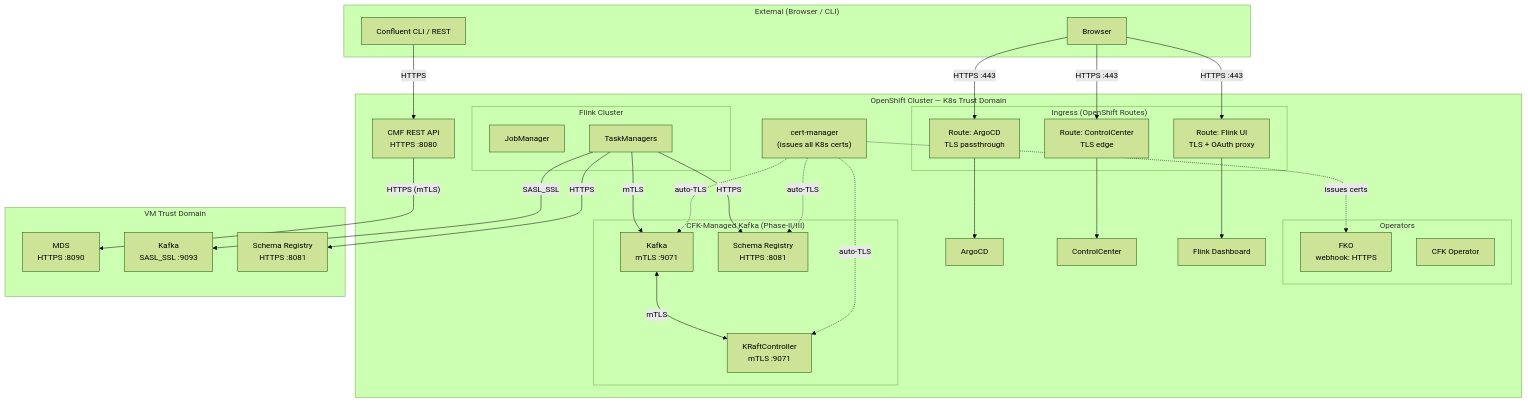
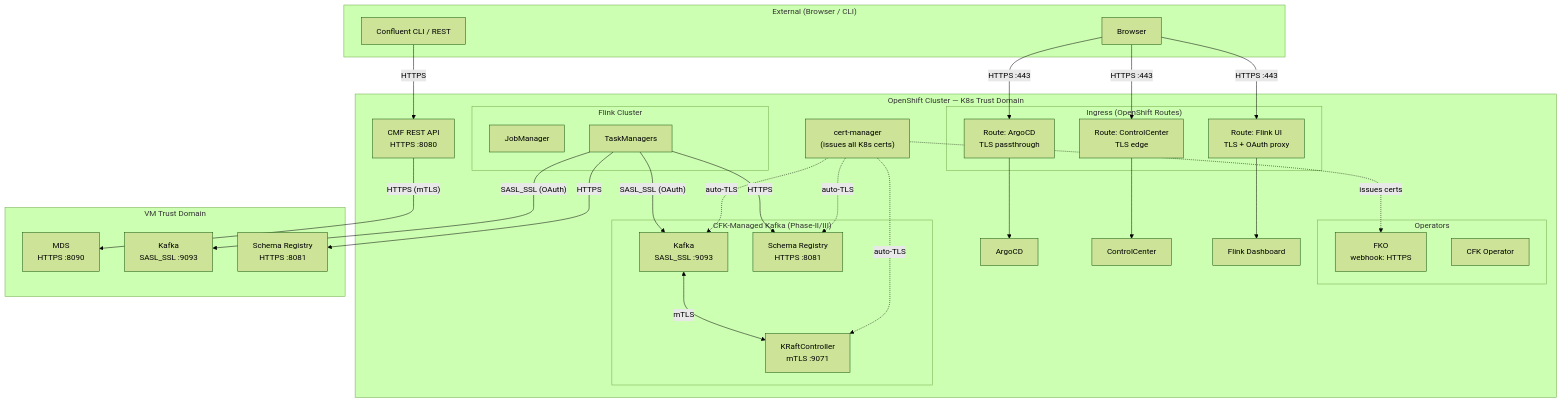
Before and after one commit to aadmassu/flink-on-k8s-with-cp: the second of 9 diagrams in docs/TLS.md, drawn with Mermaid (forest theme). The commit also changed other lines of this file, not shown here.

First line of the commit message:
Update TLS doc: use SASL_SSL (OAuth) for Flink-to-Kafka connections

````diff
--- a/docs/TLS.md
+++ b/docs/TLS.md
@@ -82,63 +82,63 @@
 ```mermaid
 flowchart TD
     subgraph external["External (Browser / CLI)"]
         browser["Browser"]
         cli["Confluent CLI / REST"]
     end
 
     subgraph ocp["OpenShift Cluster — K8s Trust Domain"]
         subgraph ingress["Ingress (OpenShift Routes)"]
             route1["Route: ArgoCD<br>TLS passthrough"]
             route2["Route: ControlCenter<br>TLS edge"]
             route3["Route: Flink UI<br>TLS + OAuth proxy"]
         end
 
         cmf["CMF REST API<br>HTTPS :8080"]
         argocd["ArgoCD"]
         c3["ControlCenter"]
         flink_ui["Flink Dashboard"]
 
         subgraph operators["Operators"]
             fko["FKO<br>webhook: HTTPS"]
             cfk["CFK Operator"]
         end
 
         subgraph flink_cluster["Flink Cluster"]
             jm["JobManager"]
             tm["TaskManagers"]
         end
 
         subgraph cp_k8s["CFK-Managed Kafka (Phase-II/III)"]
-            kafka_k8s["Kafka<br>mTLS :9071"]
+            kafka_k8s["Kafka<br>SASL_SSL :9093"]
             kraft_k8s["KRaftController<br>mTLS :9071"]
             sr_k8s["Schema Registry<br>HTTPS :8081"]
         end
 
         certmgr["cert-manager<br>(issues all K8s certs)"]
     end
 
     subgraph vm_domain["VM Trust Domain"]
         mds_vm["MDS<br>HTTPS :8090"]
         kafka_vm["Kafka<br>SASL_SSL :9093"]
         sr_vm["Schema Registry<br>HTTPS :8081"]
     end
 
     browser -->|"HTTPS :443"| route1 --> argocd
     browser -->|"HTTPS :443"| route2 --> c3
     browser -->|"HTTPS :443"| route3 --> flink_ui
     cli -->|"HTTPS"| cmf
 
     cmf -->|"HTTPS (mTLS)"| mds_vm
 
-    tm -->|"SASL_SSL"| kafka_vm
+    tm -->|"SASL_SSL (OAuth)"| kafka_vm
     tm -->|"HTTPS"| sr_vm
-    tm -->|"mTLS"| kafka_k8s
+    tm -->|"SASL_SSL (OAuth)"| kafka_k8s
     tm -->|"HTTPS"| sr_k8s
 
     kafka_k8s <-->|"mTLS"| kraft_k8s
 
     certmgr -.->|"issues certs"| fko
     certmgr -.->|"auto-TLS"| kafka_k8s
     certmgr -.->|"auto-TLS"| kraft_k8s
     certmgr -.->|"auto-TLS"| sr_k8s
 ```
````
